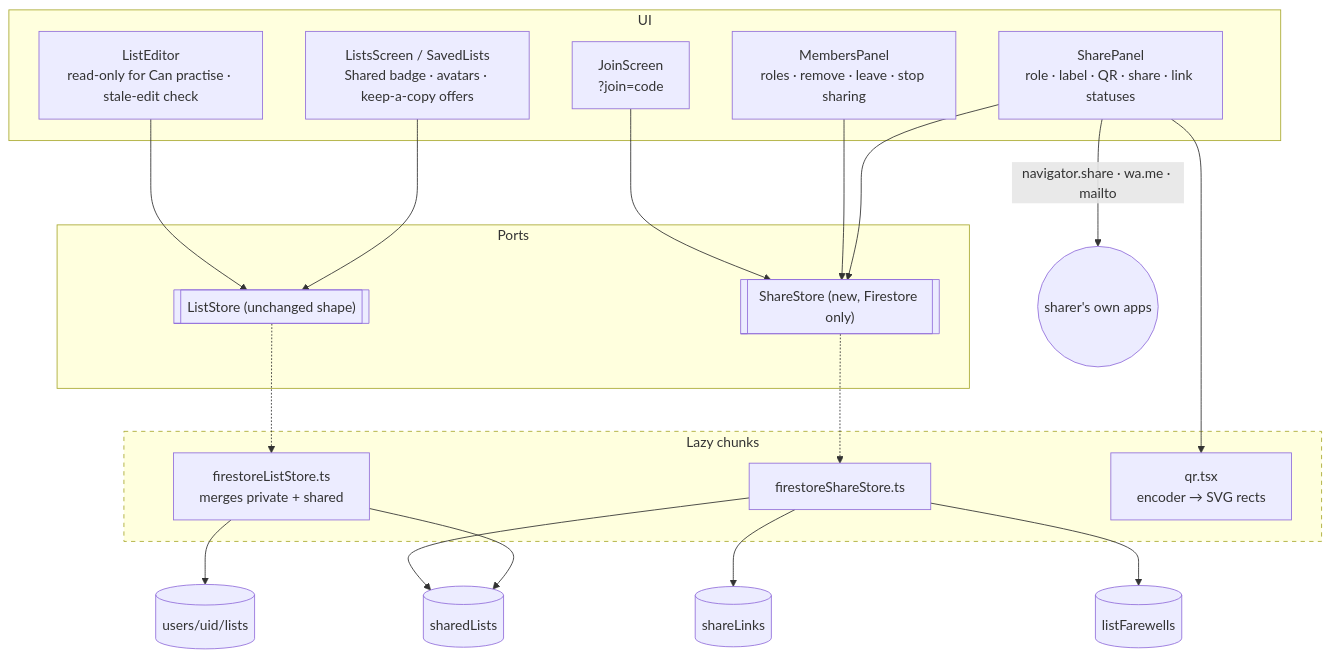
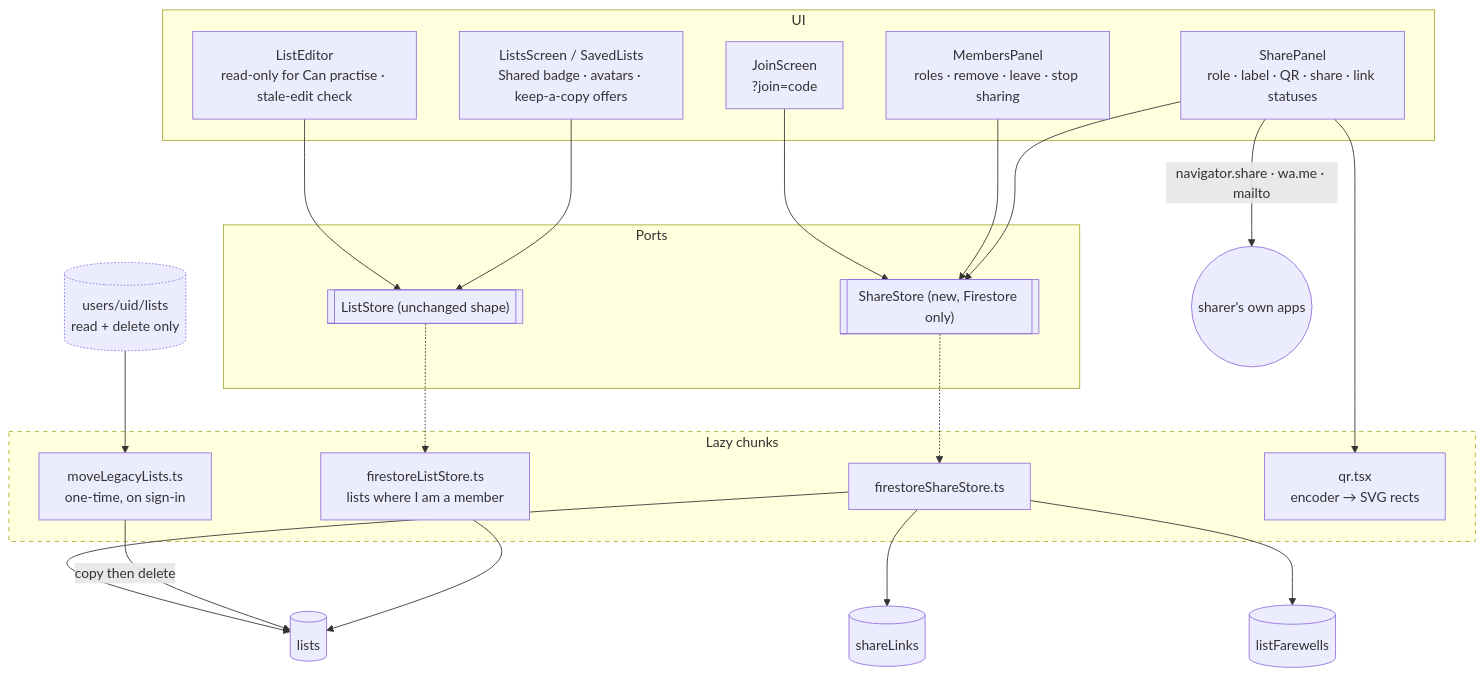
Before and after one commit to EtiNoked/practice-vocabulary: the diagram in .claude/specs/016-list-sharing/plan.md, drawn with Mermaid. The commit also changed other lines of this file and 3 other files, not shown here.

First line of the commit message:
docs(016): keep every list in one lists collection

````diff
--- a/.claude/specs/016-list-sharing/plan.md
+++ b/.claude/specs/016-list-sharing/plan.md
@@ -47,38 +66,41 @@
 ```mermaid
 flowchart TD
     subgraph UI["UI"]
         Lists[ListsScreen / SavedLists<br/>Shared badge · avatars · keep-a-copy offers]
         SharePanel[SharePanel<br/>role · label · QR · share · link statuses]
         Members[MembersPanel<br/>roles · remove · leave · stop sharing]
         Join[JoinScreen<br/>?join=code]
         Editor[ListEditor<br/>read-only for Can practise · stale-edit check]
     end
 
     subgraph Ports["Ports"]
         Store[["ListStore (unchanged shape)"]]
         Share[["ShareStore (new, Firestore only)"]]
     end
 
     subgraph Lazy["Lazy chunks"]
-        FsStore[firestoreListStore.ts<br/>merges private + shared]
+        FsStore[firestoreListStore.ts<br/>lists where I am a member]
+        Move[moveLegacyLists.ts<br/>one-time, on sign-in]
         FsShare[firestoreShareStore.ts]
         QR[qr.tsx<br/>encoder → SVG rects]
     end
 
     Lists --> Store
     Editor --> Store
     SharePanel --> Share
     SharePanel --> QR
     Members --> Share
     Join --> Share
     Store -.-> FsStore
     Share -.-> FsShare
-    FsStore --> P[(users/uid/lists)]
-    FsStore --> S[(sharedLists)]
-    FsShare --> S
-    FsShare --> L[(shareLinks)]
+    FsStore --> L[(lists)]
+    Move -->|copy then delete| L
+    Old[(users/uid/lists<br/>read + delete only)] --> Move
+    FsShare --> L
+    FsShare --> K[(shareLinks)]
     FsShare --> F[(listFarewells)]
     SharePanel -->|navigator.share · wa.me · mailto| Out((sharer's own apps))
 
     style Lazy stroke-dasharray: 5 5
+    style Old stroke-dasharray: 2 2
 ```
````
